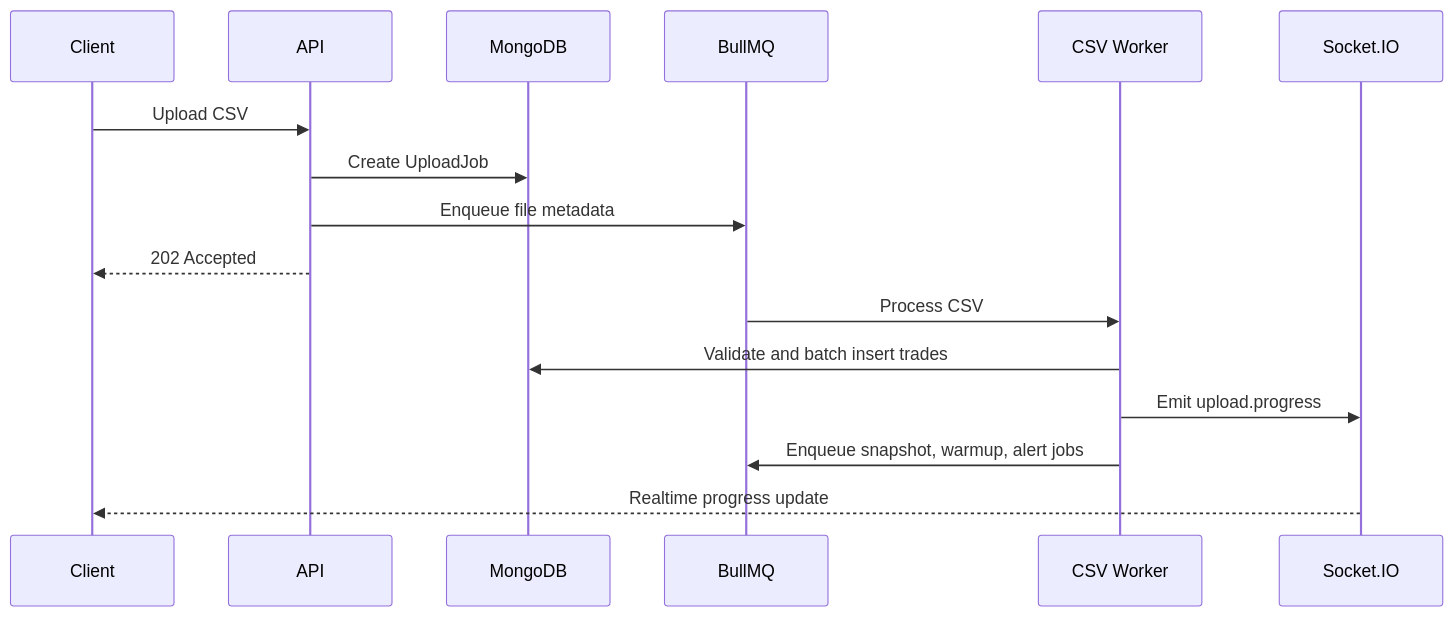
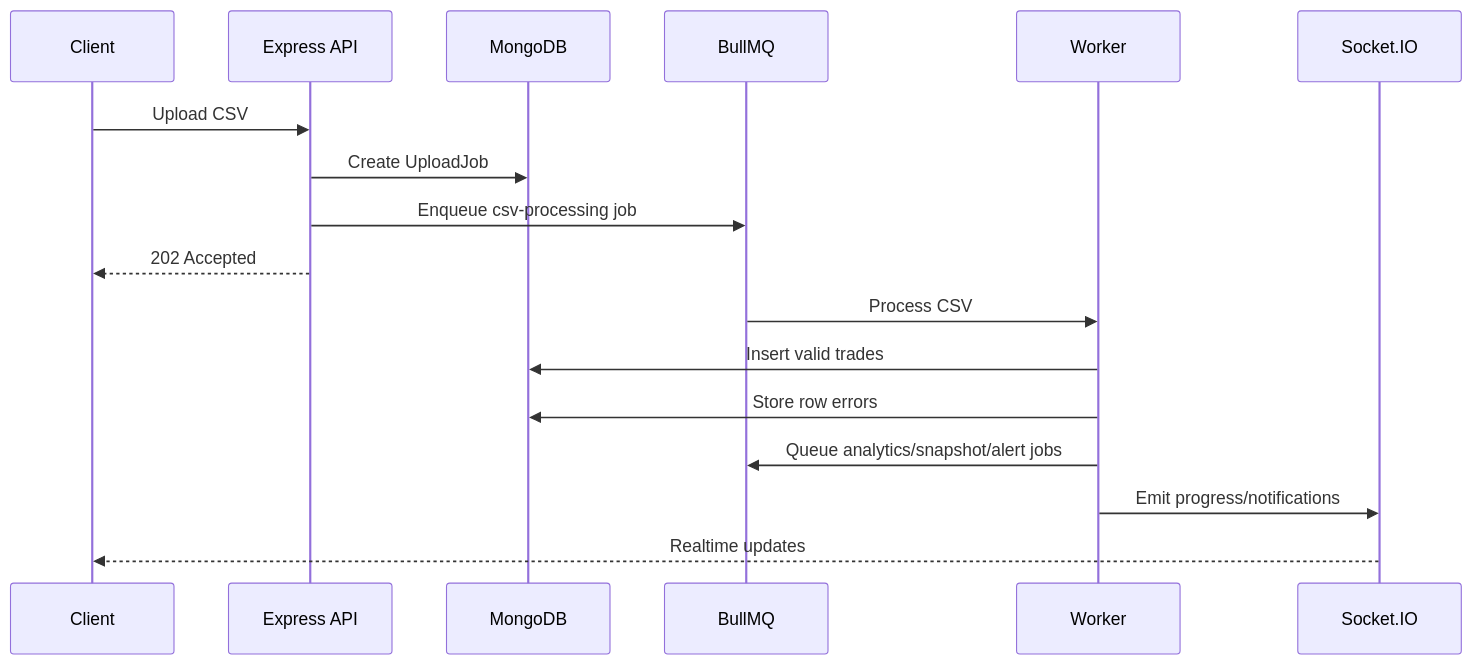
Before and after one commit to SriHarshaRajuY/RiskLens: the second of 2 diagrams in README.md, drawn with Mermaid. The commit also changed other lines of this file and 29 other files, not shown here.

````diff
--- a/README.md
+++ b/README.md
@@ -236,19 +192,20 @@
 ```mermaid
 sequenceDiagram
   participant UI as Client
-  participant API as API
+  participant API as Express API
   participant DB as MongoDB
   participant Q as BullMQ
-  participant W as CSV Worker
-  participant S as Socket.IO
+  participant W as Worker
+  participant WS as Socket.IO
 
   UI->>API: Upload CSV
   API->>DB: Create UploadJob
-  API->>Q: Enqueue file metadata
+  API->>Q: Enqueue csv-processing job
   API-->>UI: 202 Accepted
   Q->>W: Process CSV
-  W->>DB: Validate and batch insert trades
-  W->>S: Emit upload.progress
-  W->>Q: Enqueue snapshot, warmup, alert jobs
-  S-->>UI: Realtime progress update
+  W->>DB: Insert valid trades
+  W->>DB: Store row errors
+  W->>Q: Queue analytics/snapshot/alert jobs
+  W->>WS: Emit progress/notifications
+  WS-->>UI: Realtime updates
 ```
````
